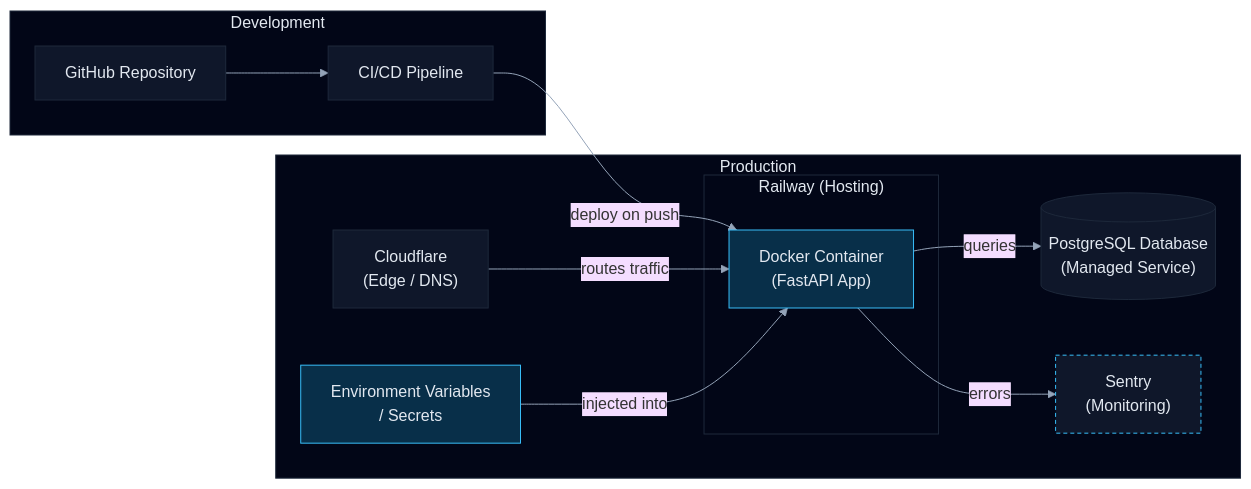
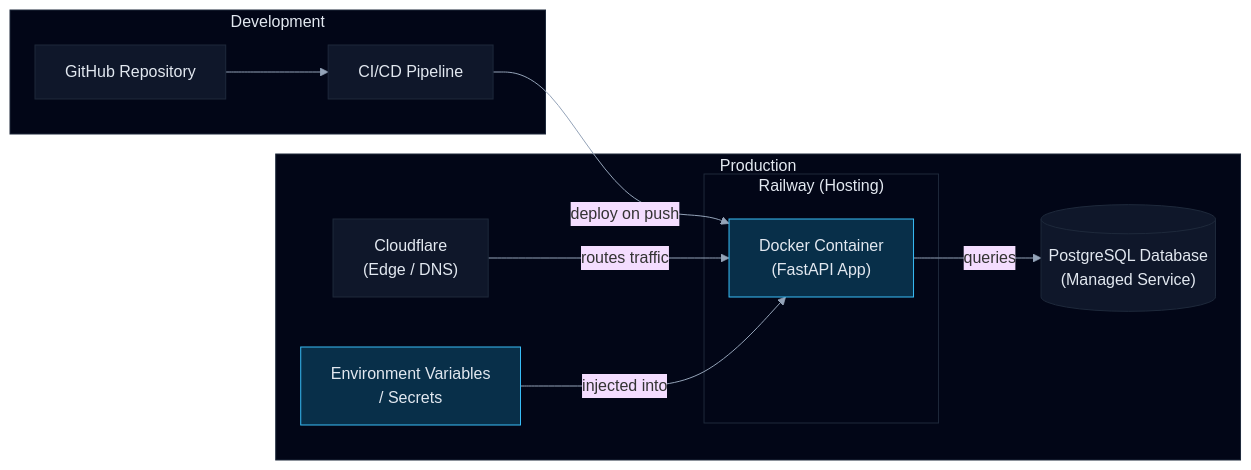
The diagram in diagrams/architecture/deployment-architecture-dark.mmd (EmmanuelM-A/askdocumind-web), drawn with Mermaid before and after one commit. The commit also changed 28 other files, not shown here.

```diff
--- a/diagrams/architecture/deployment-architecture-dark.mmd
+++ b/diagrams/architecture/deployment-architecture-dark.mmd
@@ -1,32 +1,29 @@
 %%{init: {'theme': 'base', 'themeVariables': { 'lineColor': '#94A3B8', 'arrowheadColor': '#94A3B8', 'background': 'transparent', 'clusterBkg': '#020617', 'clusterBorder': '#1E293B', 'titleColor': '#E2E8F0' }}}%%
 flowchart LR
     classDef neutral fill:#0F172A,stroke:#1E293B,color:#E2E8F0
     classDef core fill:#082F49,stroke:#38BDF8,color:#E2E8F0
     classDef ext fill:#0F172A,stroke:#38BDF8,stroke-dasharray:4 3,color:#E2E8F0
 
     subgraph Development["Development"]
         GH["GitHub Repository"]
         CI["CI/CD Pipeline"]
         GH --> CI
     end
 
     subgraph Production["Production"]
         subgraph Railway["Railway (Hosting)"]
             Docker["Docker Container\n(FastAPI App)"]
         end
         PG[("PostgreSQL Database\n(Managed Service)")]
         CF["Cloudflare\n(Edge / DNS)"]
-        Sentry["Sentry\n(Monitoring)"]
         Env["Environment Variables\n/ Secrets"]
     end
 
     CI -->|"deploy on push"| Docker
     Docker -->|"queries"| PG
     CF -->|"routes traffic"| Docker
-    Docker -->|"errors"| Sentry
     Env -->|"injected into"| Docker
 
     class GH,CI neutral
     class Docker,Env core
     class PG,CF neutral
-    class Sentry ext
```
